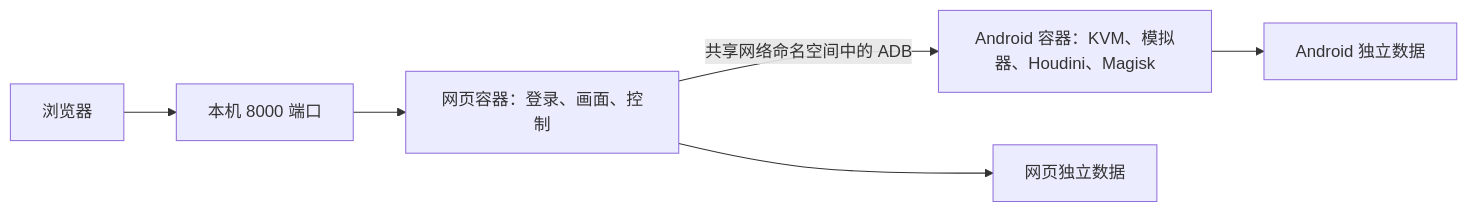
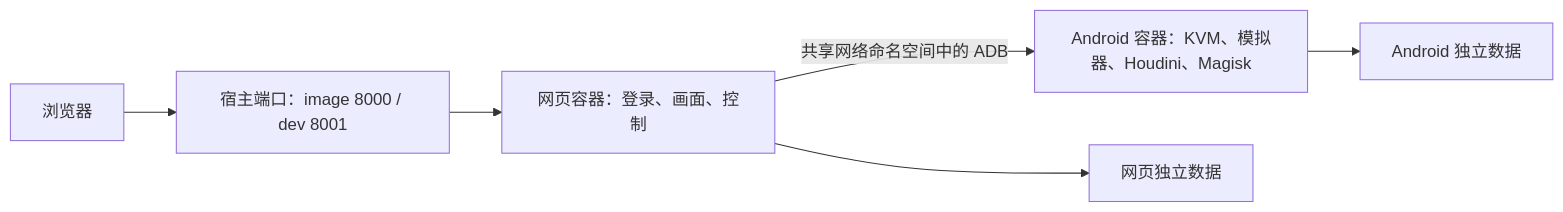
One commit to zhouxv/android7-cloud changed the second of 2 diagrams in OVERVIEW.md. Above: the diagram before and after it, drawn with Mermaid. The commit also changed other lines of this file and 7 other files, not shown here.

````diff
--- a/OVERVIEW.md
+++ b/OVERVIEW.md
@@ -34,8 +34,8 @@
 ```mermaid
 flowchart LR
-    U[浏览器] --> P[本机 8000 端口]
+    U[浏览器] --> P[宿主端口：image 8000 / dev 8001]
     P --> W[网页容器：登录、画面、控制]
     W -->|共享网络命名空间中的 ADB| A[Android 容器：KVM、模拟器、Houdini、Magisk]
     W --> WD[网页独立数据]
     A --> AD[Android 独立数据]
 ```
````
